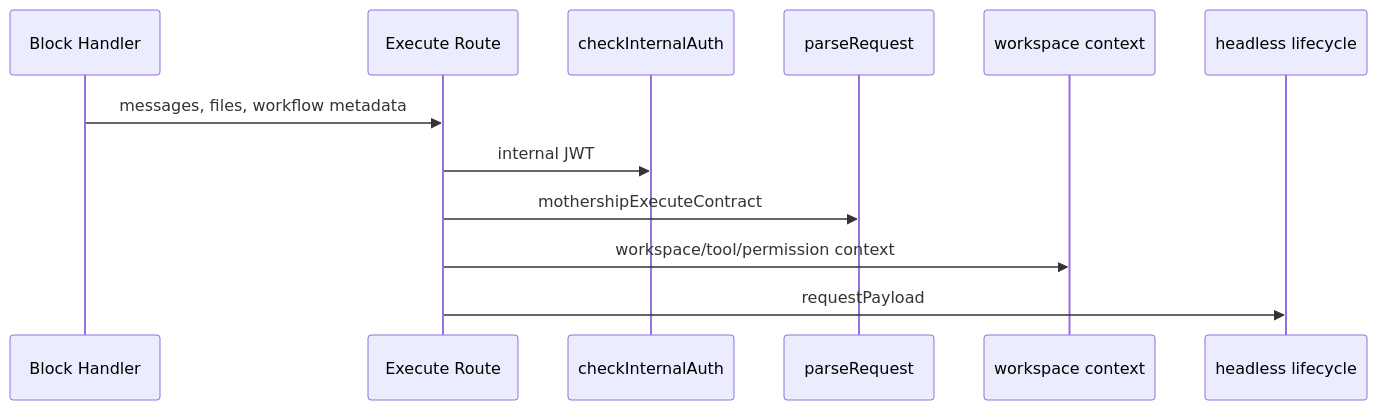
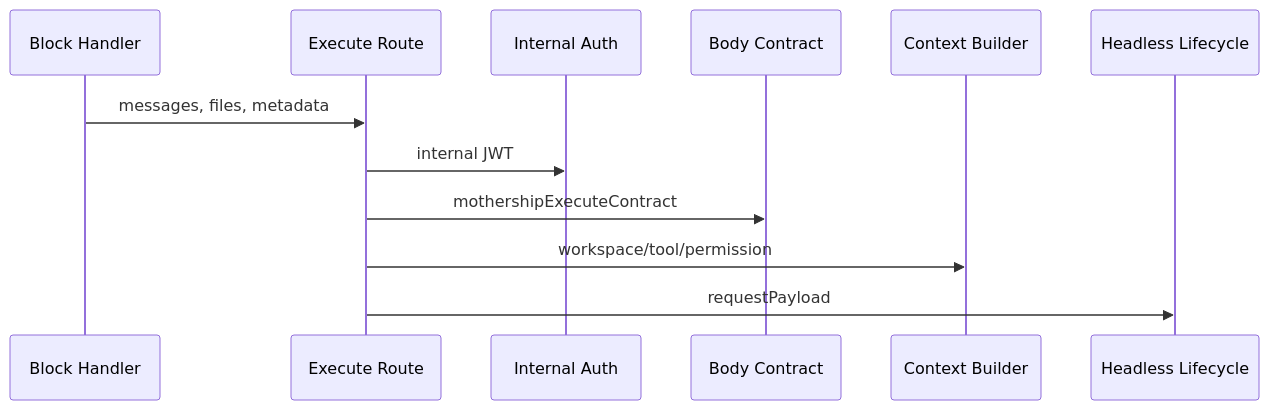
One commit to nfbs2000/speaky-sim changed the second of 4 diagrams in site/docs/mothership-contract/02-request-payload.md. Above: the diagram before and after it, drawn with Mermaid. The commit also changed other lines of this file and 2 other files, not shown here.

Commit message:
docs: improve mermaid diagram readability

````diff
--- a/site/docs/mothership-contract/02-request-payload.md
+++ b/site/docs/mothership-contract/02-request-payload.md
@@ -29,15 +29,15 @@
 ```mermaid
 sequenceDiagram
   participant Handler as Block Handler
   participant Route as Execute Route
-  participant Auth as checkInternalAuth
-  participant Contract as parseRequest
-  participant Context as workspace context
-  participant Lifecycle as headless lifecycle
+  participant Auth as Internal Auth
+  participant Contract as Body Contract
+  participant Context as Context Builder
+  participant Lifecycle as Headless Lifecycle
 
-  Handler->>Route: messages, files, workflow metadata
+  Handler->>Route: messages, files, metadata
   Route->>Auth: internal JWT
   Route->>Contract: mothershipExecuteContract
-  Route->>Context: workspace/tool/permission context
+  Route->>Context: workspace/tool/permission
   Route->>Lifecycle: requestPayload
 ```
````
